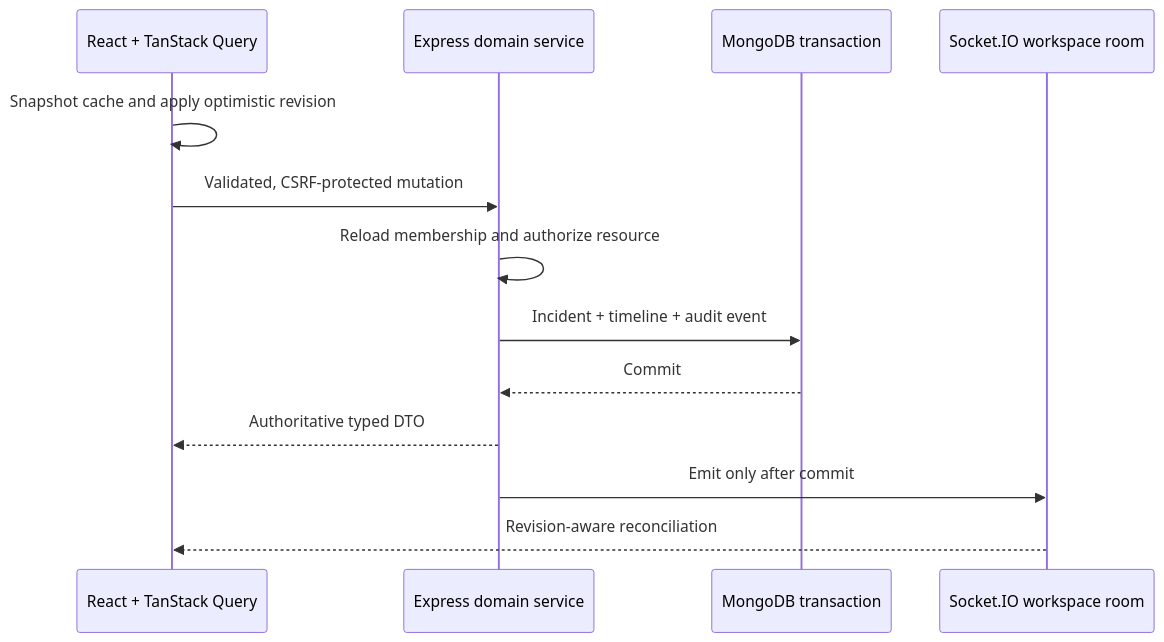
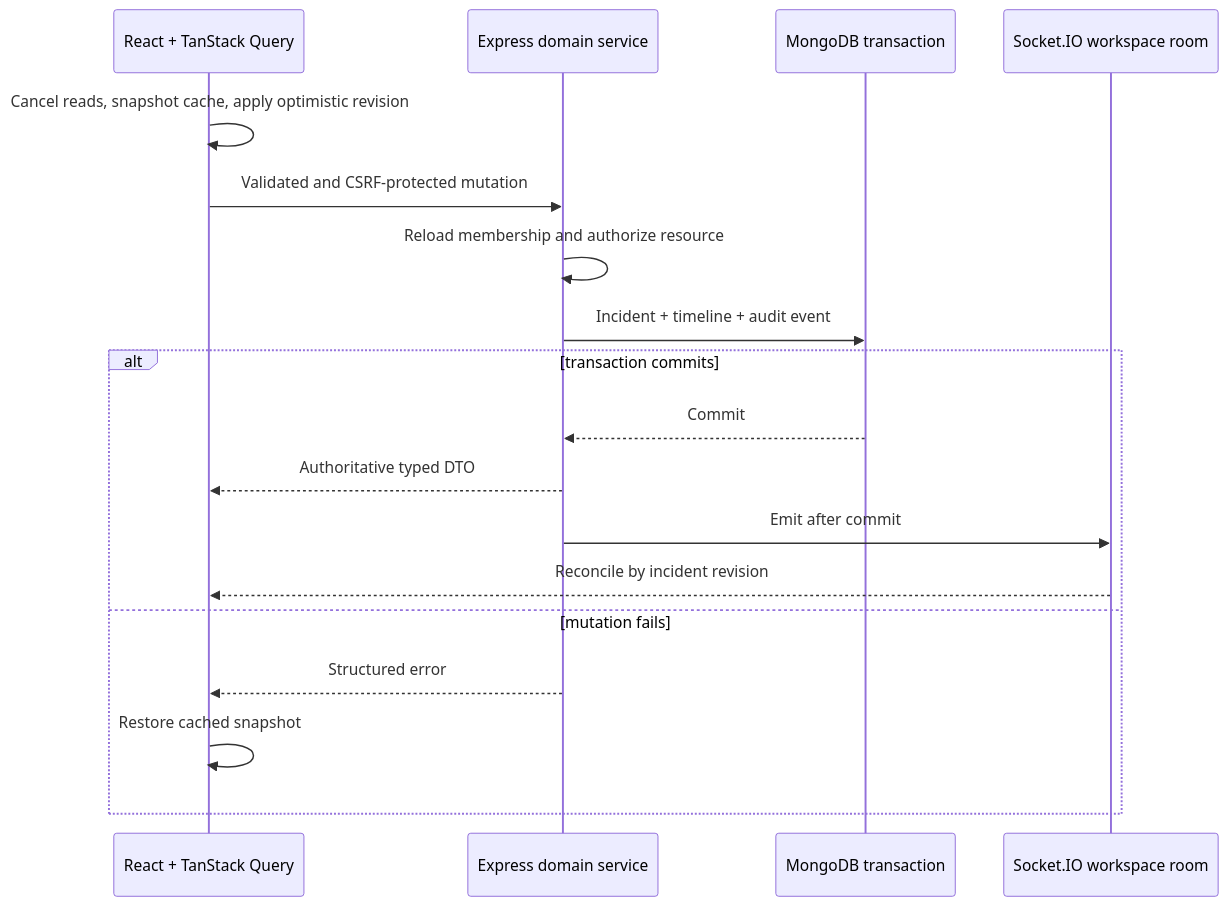
The sixth of 8 diagrams in docs/architecture.md (khalteck/RelayOps), drawn with Mermaid before and after one commit. The commit also changed other lines of this file and 64 other files, not shown here.

````diff
--- a/docs/architecture.md
+++ b/docs/architecture.md
@@ -55,15 +126,20 @@
 ```mermaid
 sequenceDiagram
     participant UI as React + TanStack Query
     participant API as Express domain service
     participant DB as MongoDB transaction
     participant RT as Socket.IO workspace room
-    UI->>UI: Snapshot cache and apply optimistic revision
-    UI->>API: Validated, CSRF-protected mutation
+    UI->>UI: Cancel reads, snapshot cache, apply optimistic revision
+    UI->>API: Validated and CSRF-protected mutation
     API->>API: Reload membership and authorize resource
     API->>DB: Incident + timeline + audit event
-    DB-->>API: Commit
-    API-->>UI: Authoritative typed DTO
-    API->>RT: Emit only after commit
-    RT-->>UI: Revision-aware reconciliation
+    alt transaction commits
+        DB-->>API: Commit
+        API-->>UI: Authoritative typed DTO
+        API->>RT: Emit after commit
+        RT-->>UI: Reconcile by incident revision
+    else mutation fails
+        API-->>UI: Structured error
+        UI->>UI: Restore cached snapshot
+    end
 ```
````
